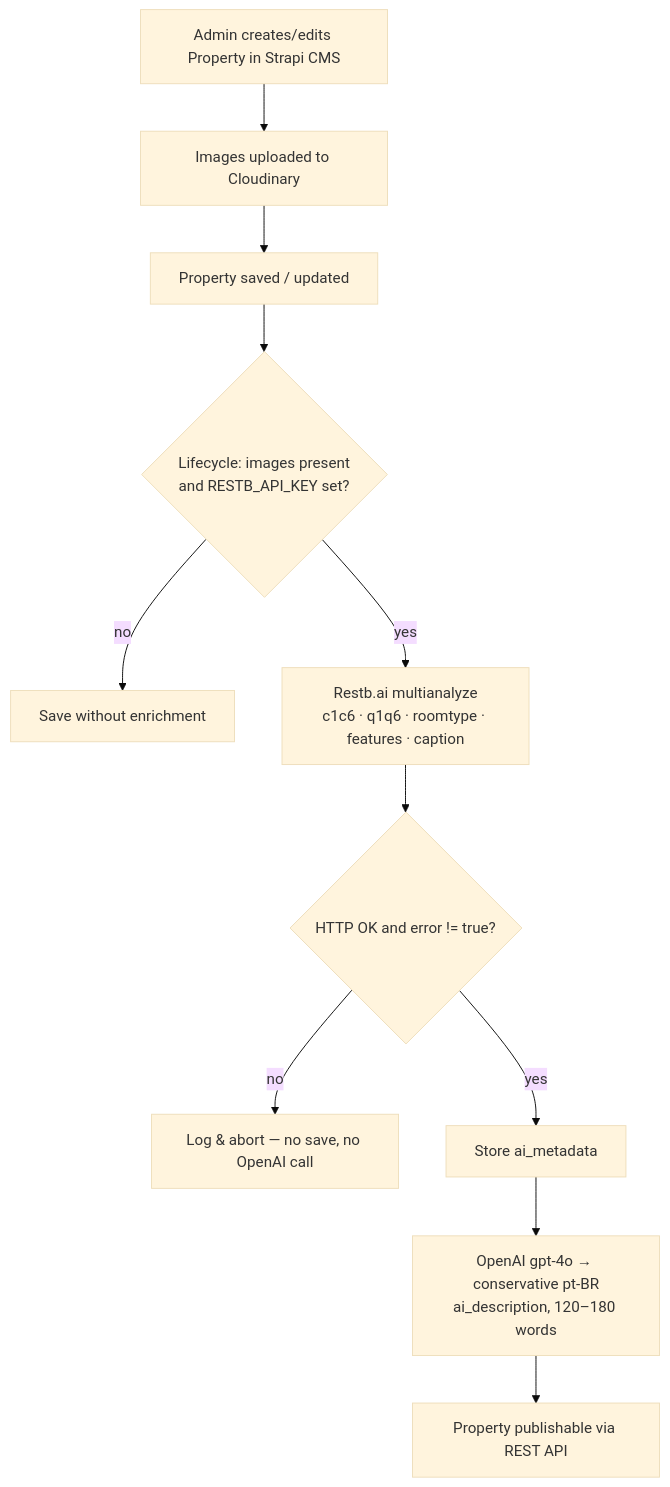
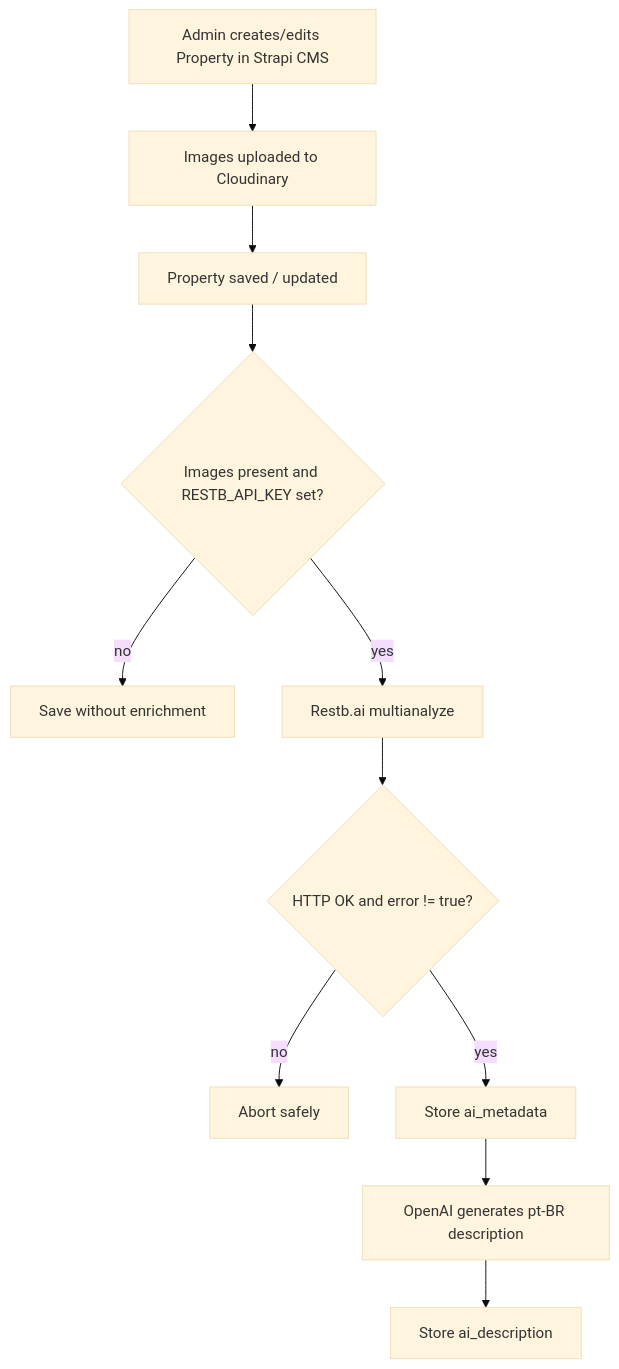
The fourth of 5 diagrams in docs/architecture.md (ProdigyProjectStudios/aurixa-luxury-real-estate-intelligence), drawn with Mermaid (base theme) before and after one commit. The commit also changed other lines of this file and 2 other files, not shown here.

````diff
--- a/docs/architecture.md
+++ b/docs/architecture.md
@@ -62,13 +62,13 @@
 ```mermaid
 flowchart TD
   A[Admin creates/edits Property in Strapi CMS] --> B[Images uploaded to Cloudinary]
   B --> C[Property saved / updated]
-  C --> D{Lifecycle: images present\nand RESTB_API_KEY set?}
+  C --> D{Images present and RESTB_API_KEY set?}
   D -- no --> Z[Save without enrichment]
-  D -- yes --> E[Restb.ai multianalyze\nc1c6 · q1q6 · roomtype · features · caption]
+  D -- yes --> E[Restb.ai multianalyze]
   E --> F{HTTP OK and error != true?}
-  F -- no --> G[Log & abort — no save, no OpenAI call]
+  F -- no --> G[Abort safely]
   F -- yes --> H[Store ai_metadata]
-  H --> I[OpenAI gpt-4o → conservative pt-BR\nai_description, 120–180 words]
-  I --> J[Property publishable via REST API]
+  H --> I[OpenAI generates pt-BR description]
+  I --> J[Store ai_description]
 ```
````
